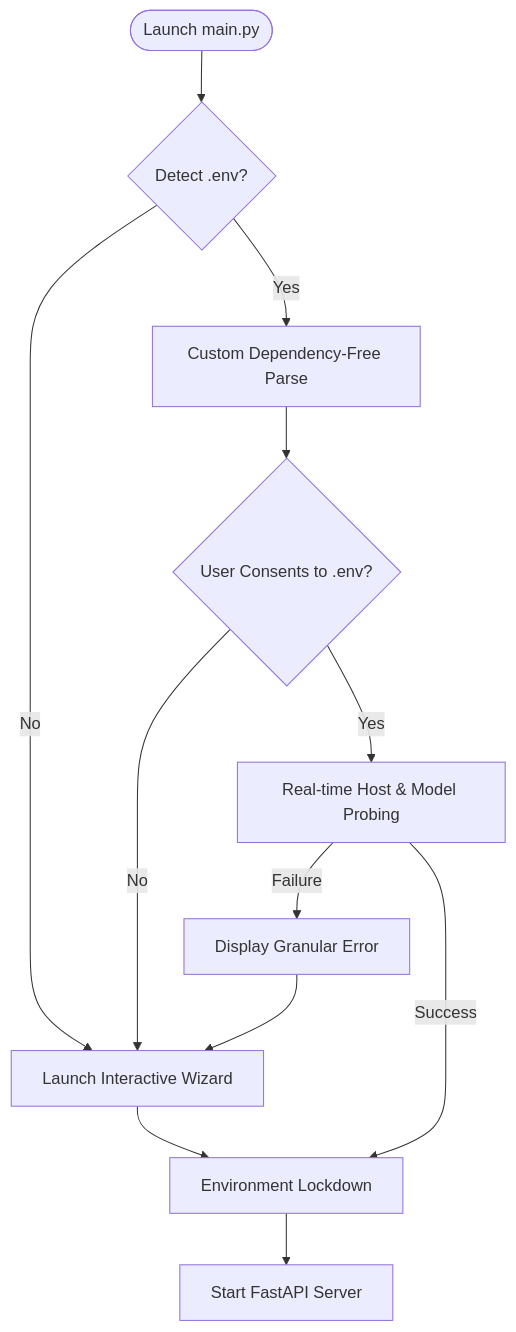
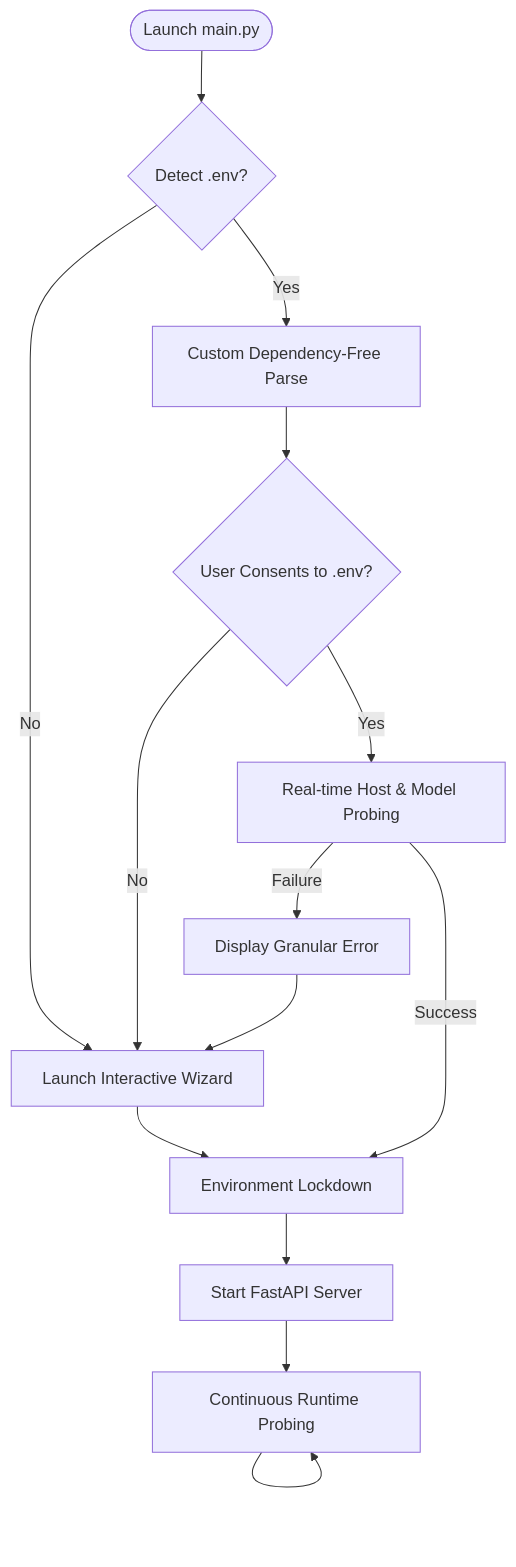
One commit to NayanEupho/RAG_Chat_IPRv1.5 changed the fourth of 4 diagrams in Architecture_Guide.md. Above: the diagram before and after it, drawn with Mermaid. The commit also changed other lines of this file and 9 other files, not shown here.

````diff
--- a/Architecture_Guide.md
+++ b/Architecture_Guide.md
@@ -258,18 +259,20 @@
 ```mermaid
 graph TD
     Start([Launch main.py]) --> Detect{Detect .env?}
     Detect -->|No| Wizard[Launch Interactive Wizard]
     Detect -->|Yes| Parse[Custom Dependency-Free Parse]
     
     Parse --> Consent{User Consents to .env?}
     Consent -->|No| Wizard
     Consent -->|Yes| Validate[Real-time Host & Model Probing]
     
     Validate -->|Failure| Error[Display Granular Error]
     Error --> Wizard
     
     Validate -->|Success| Lockdown[Environment Lockdown]
     Wizard --> Lockdown
     
     Lockdown --> API[Start FastAPI Server]
+    API --> Health[Continuous Runtime Probing]
+    Health --> Health
 ```
````
